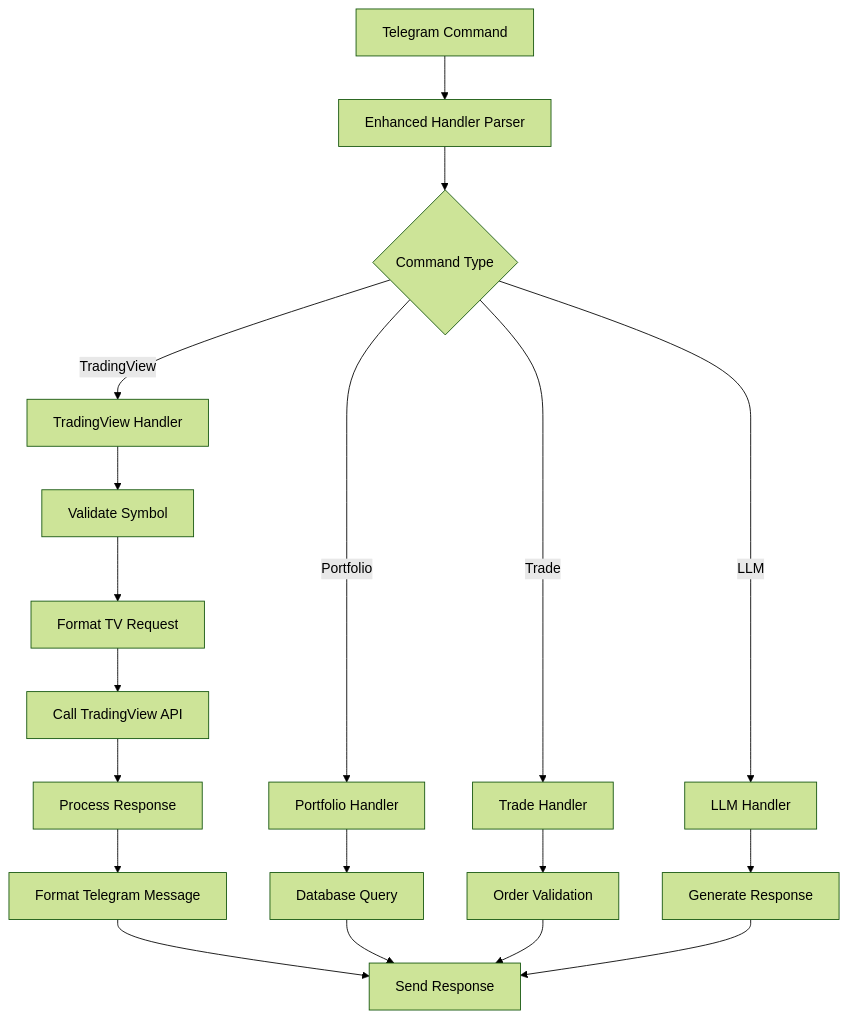
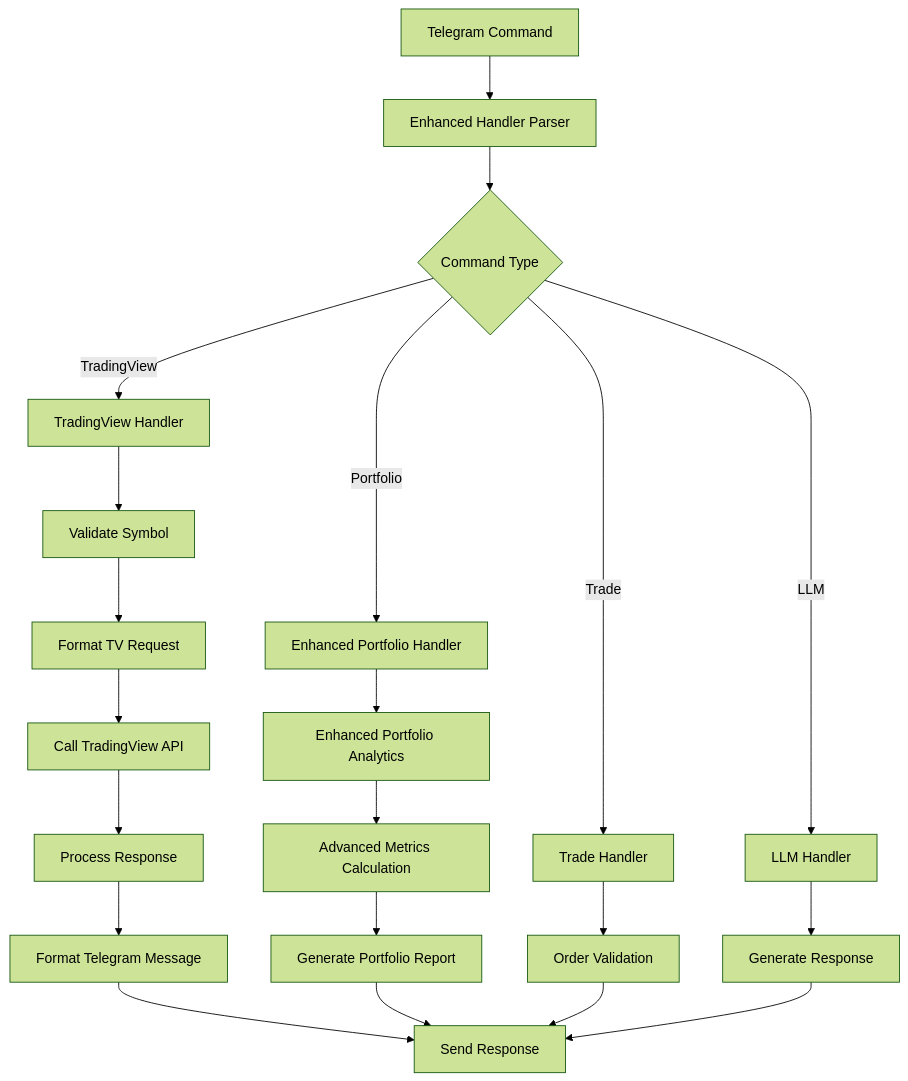
One commit to ZengSeng/telegram-bot changed the fifth of 7 diagrams in .qoder/repowiki/en/content/Core Components/Stock Trading Bot.md. Above: the diagram before and after it, drawn with Mermaid (forest theme). The commit also changed other lines of this file and 10 other files, not shown here.

````diff
--- a/.qoder/repowiki/en/content/Core Components/Stock Trading Bot.md
+++ b/.qoder/repowiki/en/content/Core Components/Stock Trading Bot.md
@@ -450,21 +563,23 @@
 ```mermaid
 flowchart TD
 A[Telegram Command] --> B[Enhanced Handler Parser]
 B --> C{Command Type}
 C --> |TradingView| D[TradingView Handler]
-C --> |Portfolio| E[Portfolio Handler]
+C --> |Portfolio| E[Enhanced Portfolio Handler]
 C --> |Trade| F[Trade Handler]
 C --> |LLM| G[LLM Handler]
 D --> H[Validate Symbol]
 H --> I[Format TV Request]
 I --> J[Call TradingView API]
 J --> K[Process Response]
 K --> L[Format Telegram Message]
 L --> M[Send Response]
-E --> N[Database Query]
-F --> O[Order Validation]
-G --> P[Generate Response]
-N --> M
-O --> M
+E --> N[Enhanced Portfolio Analytics]
+N --> O[Advanced Metrics Calculation]
+O --> P[Generate Portfolio Report]
 P --> M
+F --> Q[Order Validation]
+G --> R[Generate Response]
+Q --> M
+R --> M
 ```
````
